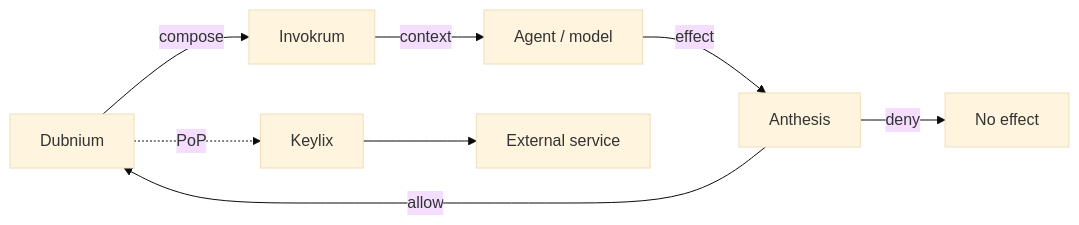
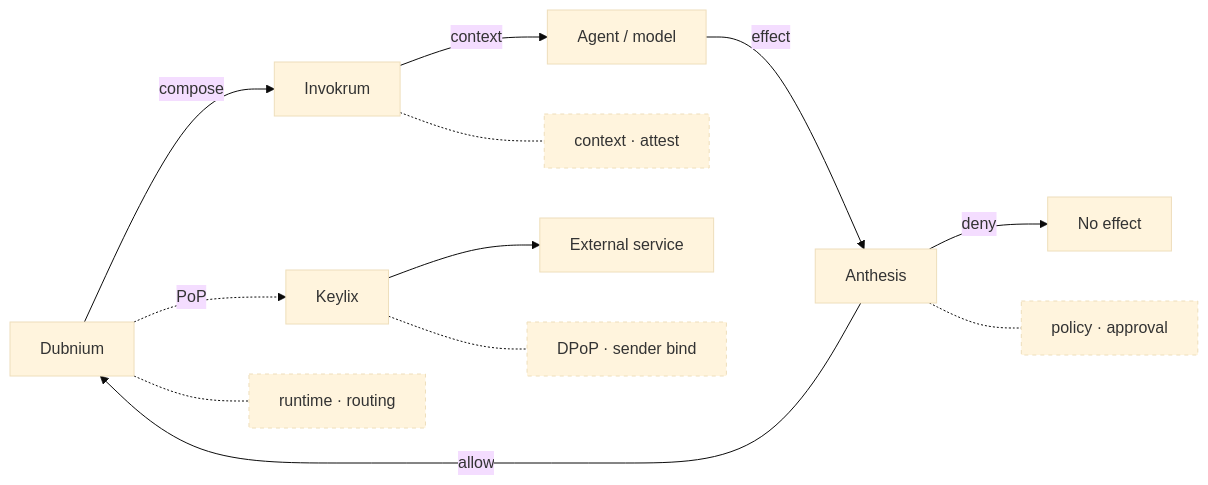
One commit to hackelia-micrantha/.github changed the third of 9 diagrams in profile/README.md. Above: the diagram before and after it, drawn with Mermaid (base theme). The commit also changed other lines of this file, not shown here.

Commit message:
docs: add terse Mermaid note labels

````diff
--- a/profile/README.md
+++ b/profile/README.md
@@ -112,10 +115,16 @@
 ```mermaid
 flowchart LR
   D["Dubnium"] -->|compose| I["Invokrum"]
   I -->|context| R["Agent / model"]
   R -->|effect| A["Anthesis"]
   A -->|deny| N["No effect"]
   A -->|allow| D
   D -.->|PoP| K["Keylix"]
   K --> S["External service"]
+
+  D -.- DN["runtime · routing"]:::note
+  I -.- IN["context · attest"]:::note
+  A -.- AN["policy · approval"]:::note
+  K -.- KN["DPoP · sender bind"]:::note
+  classDef note stroke-dasharray: 4 4;
 ```
````
